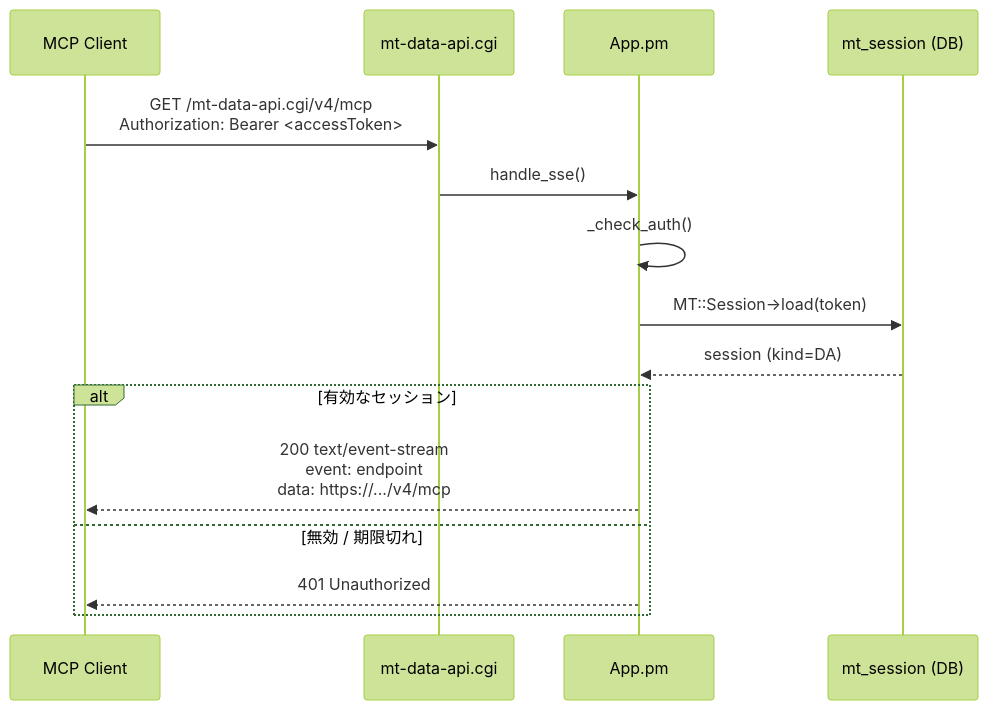
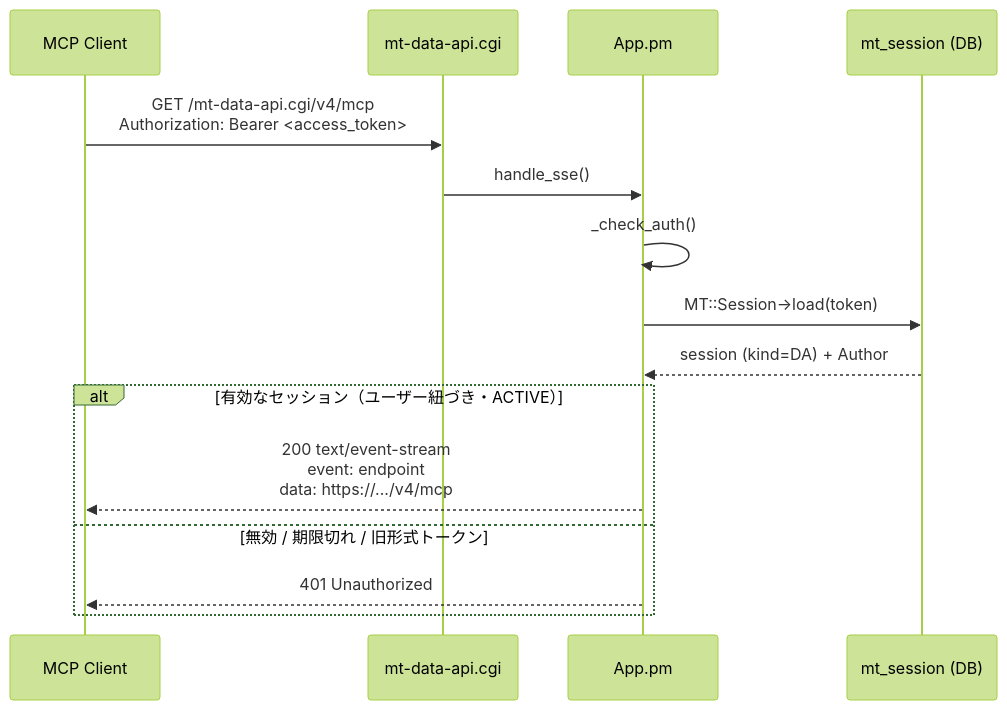
One commit to redamoon/mt-plugin-mcp changed the fourth of 5 diagrams in docs/architecture-auth.md. Above: the diagram before and after it, drawn with Mermaid (forest theme). The commit also changed other lines of this file and 2 other files, not shown here.

````diff
--- a/docs/architecture-auth.md
+++ b/docs/architecture-auth.md
@@ -89,19 +148,19 @@
 ```mermaid
 sequenceDiagram
     participant C  as MCP Client
     participant MT as mt-data-api.cgi
     participant A  as App.pm
     participant S  as mt_session (DB)
 
-    C->>MT: GET /mt-data-api.cgi/v4/mcp<br/>Authorization: Bearer <accessToken>
+    C->>MT: GET /mt-data-api.cgi/v4/mcp<br/>Authorization: Bearer <access_token>
     MT->>A: handle_sse()
     A->>A: _check_auth()
     A->>S: MT::Session->load(token)
-    S-->>A: session (kind=DA)
+    S-->>A: session (kind=DA) + Author
 
-    alt 有効なセッション
+    alt 有効なセッション（ユーザー紐づき・ACTIVE）
         A-->>C: 200 text/event-stream<br/>event: endpoint<br/>data: https://.../v4/mcp
-    else 無効 / 期限切れ
+    else 無効 / 期限切れ / 旧形式トークン
         A-->>C: 401 Unauthorized
     end
 ```
````
